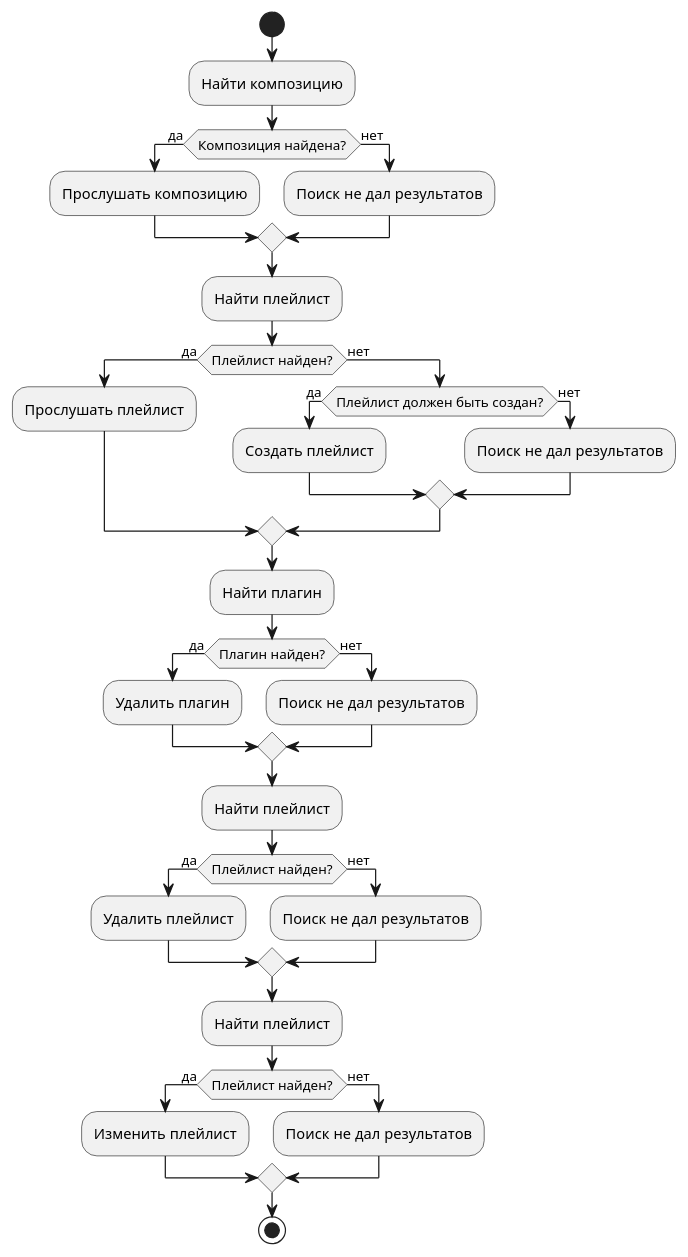
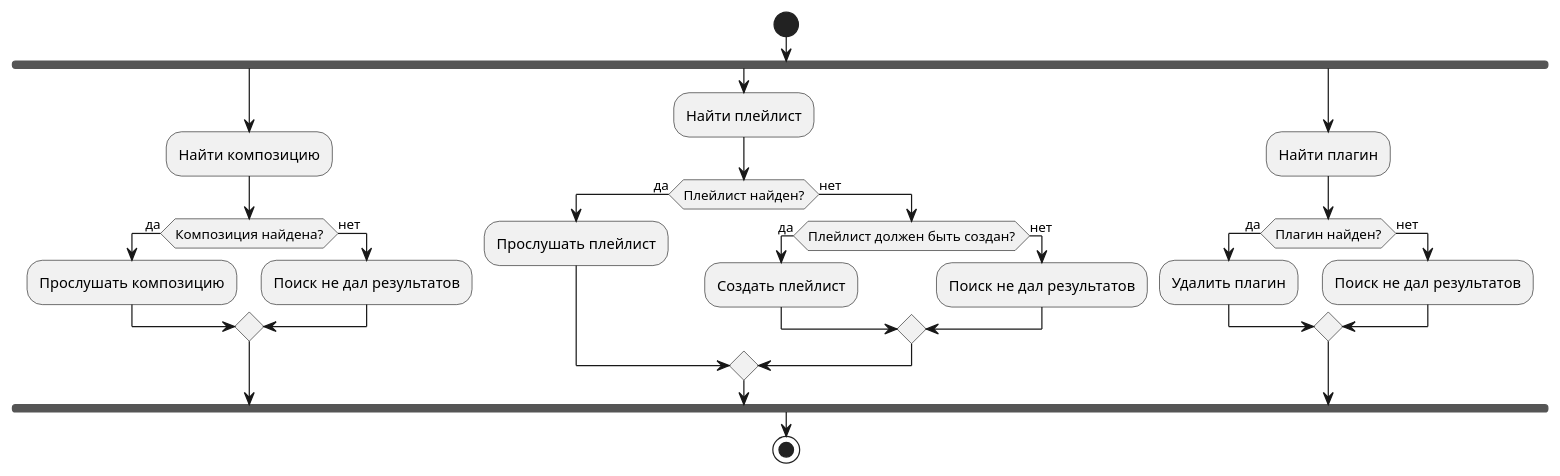
Before and after one commit to Hlebnica/software_engineering: the diagram in lab6_sequence.plantuml, drawn with PlantUML. The commit also changed 4 other files, not shown here.

```diff
--- a/lab6_sequence.plantuml
+++ b/lab6_sequence.plantuml
@@ -1,39 +1,36 @@
 @startuml
 |User PC|
 start
-:Найти композицию;
-if (Композиция найдена?) then (да)
-  :Прослушать композицию;
-else (нет)
-  :Поиск не дал результатов;
-endif
-:Найти плейлист;
-if (Плейлист найден?) then (да)
-  :Прослушать плейлист;
-else (нет)
-  if (Плейлист должен быть создан?) then (да)
-    :Создать плейлист;
+
+fork
+  :Найти композицию;
+  if (Композиция найдена?) then (да)
+    :Прослушать композицию;
   else (нет)
     :Поиск не дал результатов;
   endif
-endif
-:Найти плагин;
-if (Плагин найден?) then (да)
-  :Удалить плагин;
-else (нет)
-  :Поиск не дал результатов;
-endif
-:Найти плейлист;
-if (Плейлист найден?) then (да)
-  :Удалить плейлист;
-else (нет)
-  :Поиск не дал результатов;
-endif
-:Найти плейлист;
-if (Плейлист найден?) then (да)
-  :Изменить плейлист;
-else (нет)
-  :Поиск не дал результатов;
-endif
+
+fork again
+  :Найти плейлист;
+  if (Плейлист найден?) then (да)
+    :Прослушать плейлист;
+  else (нет)
+    if (Плейлист должен быть создан?) then (да)
+      :Создать плейлист;
+    else (нет)
+      :Поиск не дал результатов;
+    endif
+  endif
+
+
+fork again
+  :Найти плагин;
+  if (Плагин найден?) then (да)
+    :Удалить плагин;
+  else (нет)
+    :Поиск не дал результатов;
+  endif
+end fork
+
 stop
 @enduml
```
